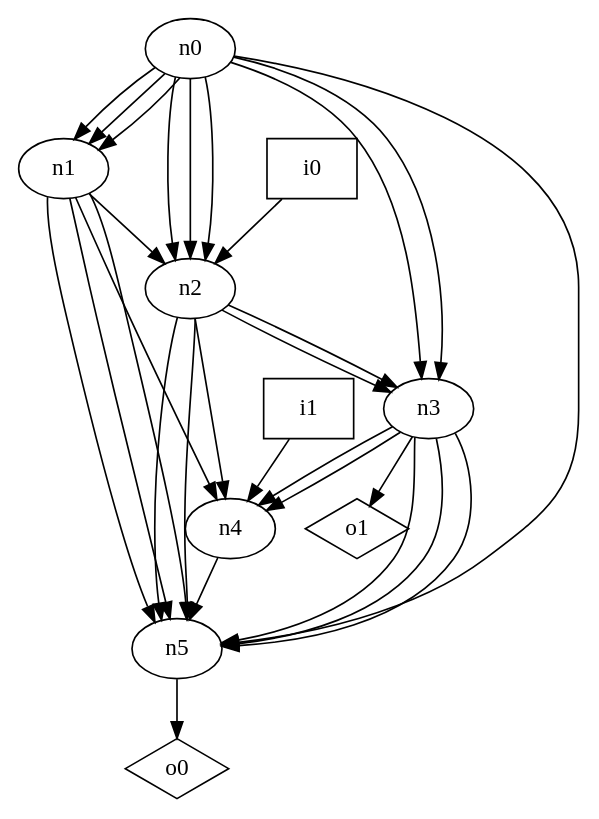
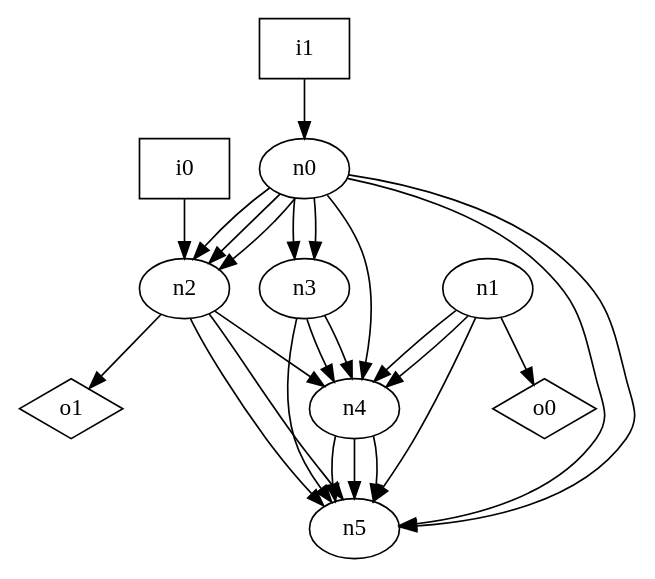
One commit to p9romain/bool-circuits changed the diagram in dot_files/random_graph/DAG_loop_free_graph.dot. Above: the diagram before and after it, drawn with Graphviz. The commit also changed 74 other files, not shown here.

```diff
--- a/dot_files/random_graph/DAG_loop_free_graph.dot
+++ b/dot_files/random_graph/DAG_loop_free_graph.dot
@@ -1,41 +1,36 @@
 digraph G {
 n0 [label="n0"];
 n1 [label="n1"];
 n2 [label="n2"];
 n3 [label="n3"];
 n4 [label="n4"];
 n5 [label="n5"];
 n6 [label="i0",shape="box"];
 n7 [label="i1",shape="box"];
 n8 [label="o0",shape="diamond"];
 n9 [label="o1",shape="diamond"];
-n0 -> n1
-n0 -> n1
-n0 -> n1
 n0 -> n2
 n0 -> n2
 n0 -> n2
 n0 -> n3
 n0 -> n3
+n0 -> n4
 n0 -> n5
-n1 -> n2
+n0 -> n5
+n1 -> n4
 n1 -> n4
 n1 -> n5
-n1 -> n5
-n1 -> n5
-n2 -> n3
-n2 -> n3
+n1 -> n8
 n2 -> n4
 n2 -> n5
 n2 -> n5
+n2 -> n9
 n3 -> n4
 n3 -> n4
 n3 -> n5
-n3 -> n5
-n3 -> n5
-n3 -> n9
 n4 -> n5
-n5 -> n8
+n4 -> n5
+n4 -> n5
 n6 -> n2
-n7 -> n4
+n7 -> n0
 }
```
